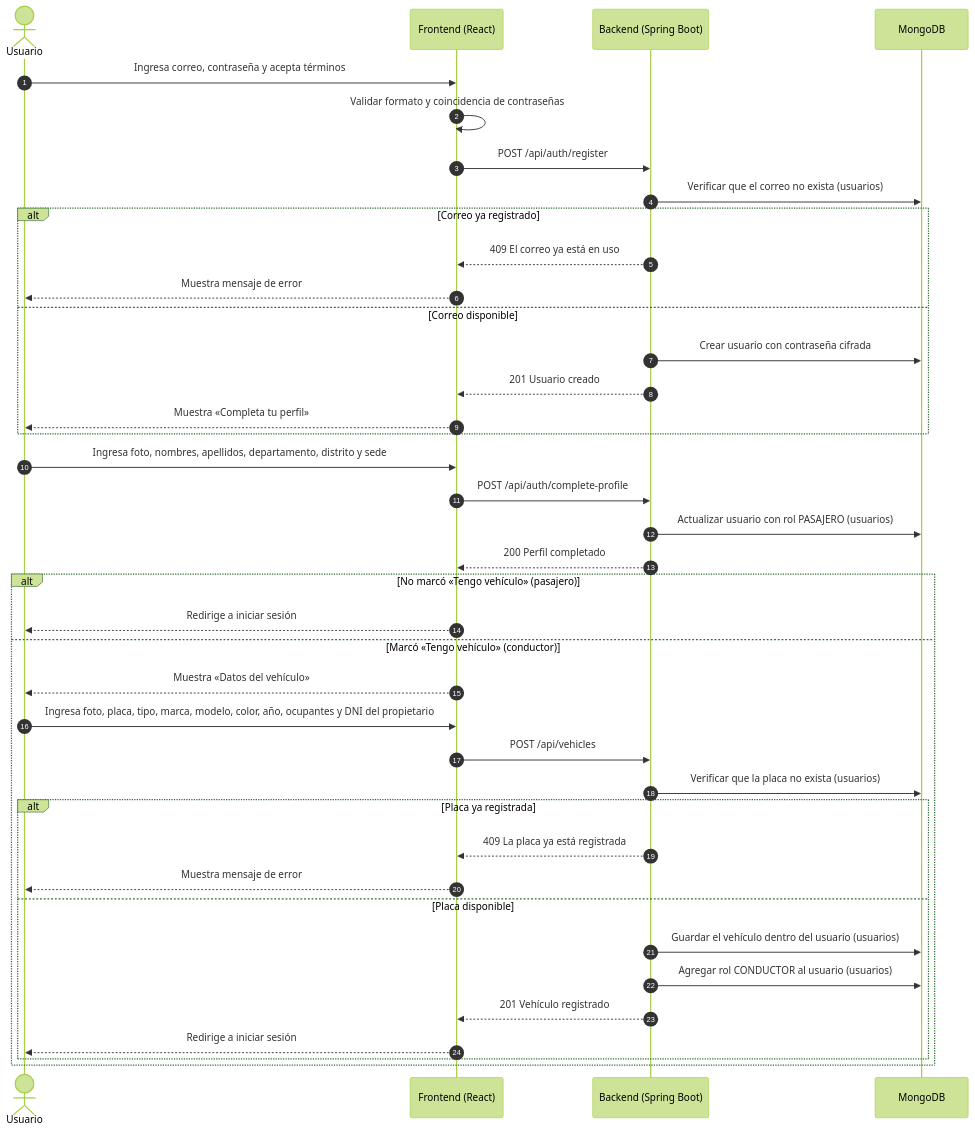
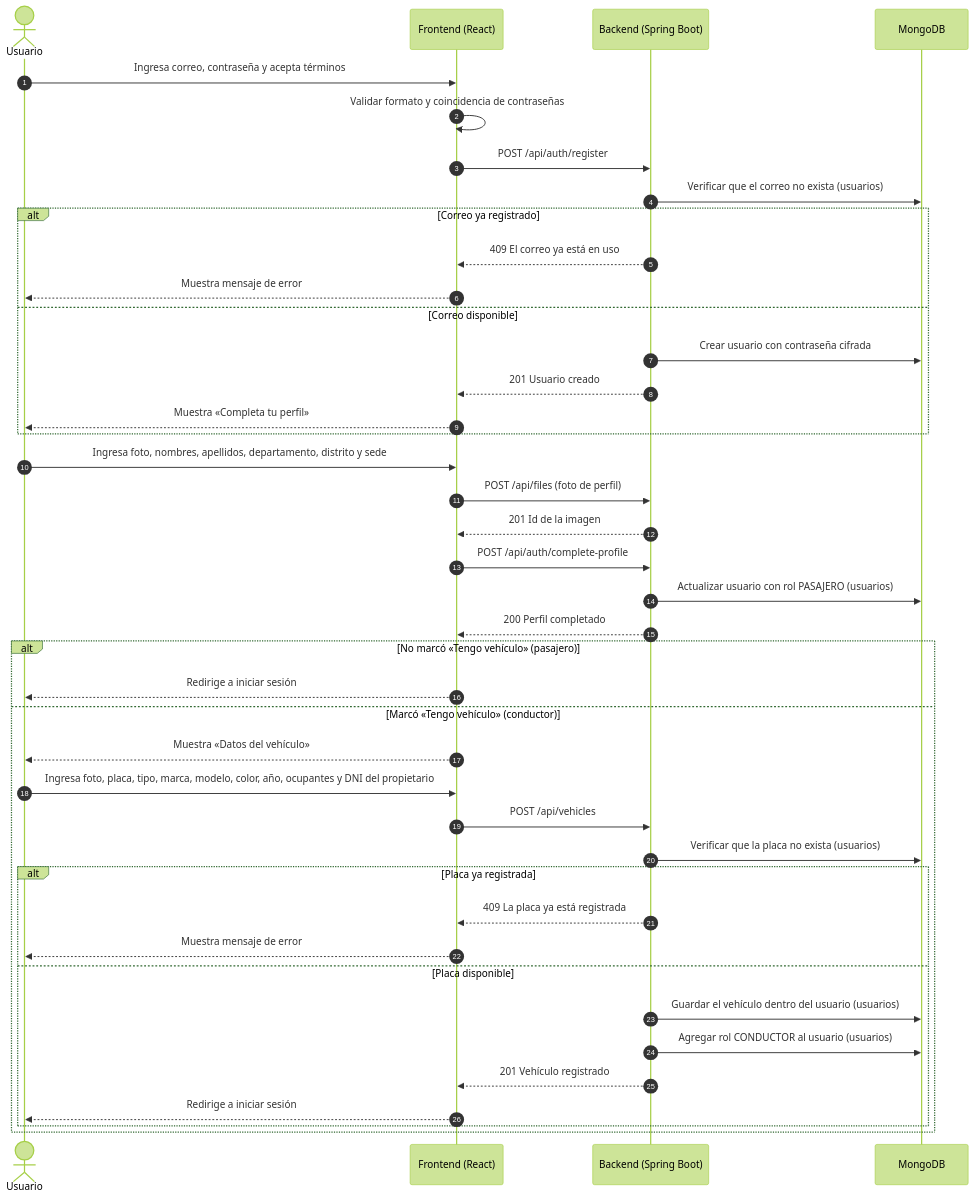
The fourth of 7 diagrams in README.md (manuelguarniz/mono-movilidad-colaborativa), drawn with Mermaid (forest theme) before and after one commit. The commit also changed other lines of this file and 1 other file, not shown here.

````diff
--- a/README.md
+++ b/README.md
@@ -548,44 +549,46 @@
 ```mermaid
 sequenceDiagram
     autonumber
     actor U as Usuario
     participant FE as Frontend (React)
     participant API as Backend (Spring Boot)
     participant DB as MongoDB
 
     U->>FE: Ingresa correo, contraseña y acepta términos
     FE->>FE: Validar formato y coincidencia de contraseñas
     FE->>API: POST /api/auth/register
     API->>DB: Verificar que el correo no exista (usuarios)
     alt Correo ya registrado
         API-->>FE: 409 El correo ya está en uso
         FE-->>U: Muestra mensaje de error
     else Correo disponible
         API->>DB: Crear usuario con contraseña cifrada
         API-->>FE: 201 Usuario creado
         FE-->>U: Muestra «Completa tu perfil»
     end
 
     U->>FE: Ingresa foto, nombres, apellidos, departamento, distrito y sede
+    FE->>API: POST /api/files (foto de perfil)
+    API-->>FE: 201 Id de la imagen
     FE->>API: POST /api/auth/complete-profile
     API->>DB: Actualizar usuario con rol PASAJERO (usuarios)
     API-->>FE: 200 Perfil completado
 
     alt No marcó «Tengo vehículo» (pasajero)
         FE-->>U: Redirige a iniciar sesión
     else Marcó «Tengo vehículo» (conductor)
         FE-->>U: Muestra «Datos del vehículo»
         U->>FE: Ingresa foto, placa, tipo, marca, modelo, color, año, ocupantes y DNI del propietario
         FE->>API: POST /api/vehicles
         API->>DB: Verificar que la placa no exista (usuarios)
         alt Placa ya registrada
             API-->>FE: 409 La placa ya está registrada
             FE-->>U: Muestra mensaje de error
         else Placa disponible
             API->>DB: Guardar el vehículo dentro del usuario (usuarios)
             API->>DB: Agregar rol CONDUCTOR al usuario (usuarios)
             API-->>FE: 201 Vehículo registrado
             FE-->>U: Redirige a iniciar sesión
         end
     end
 ```
````
